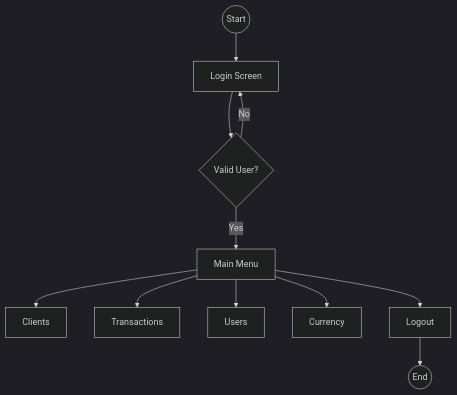
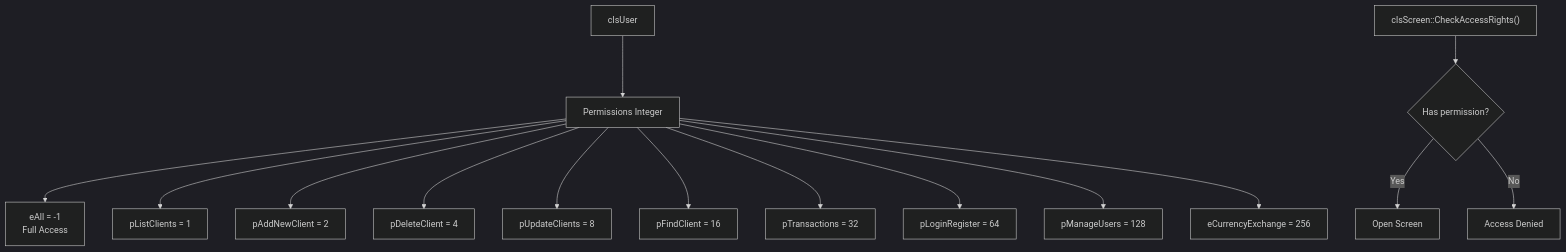
The sixth of 8 diagrams in README.md (youness-chregui-amin/E-BankSim-v2.0), drawn with Mermaid (dark theme) before and after one commit. The commit also changed other lines of this file, not shown here.

````diff
--- a/README.md
+++ b/README.md
@@ -402,19 +710,19 @@
 ```mermaid
 flowchart TD
+    User["clsUser"] --> Permissions["Permissions Integer"]
 
-    Start((Start))
-    Start --> Login["Login Screen"]
+    Permissions --> All["eAll = -1<br/>Full Access"]
+    Permissions --> List["pListClients = 1"]
+    Permissions --> Add["pAddNewClient = 2"]
+    Permissions --> Delete["pDeleteClient = 4"]
+    Permissions --> Update["pUpdateClients = 8"]
+    Permissions --> Find["pFindClient = 16"]
+    Permissions --> Transactions["pTransactions = 32"]
+    Permissions --> LoginRegister["pLoginRegister = 64"]
+    Permissions --> ManageUsers["pManageUsers = 128"]
+    Permissions --> Currency["eCurrencyExchange = 256"]
 
-    Login --> Check{"Valid User?"}
-
-    Check -- No --> Login
-    Check -- Yes --> MainMenu["Main Menu"]
-
-    MainMenu --> Clients
-    MainMenu --> Transactions
-    MainMenu --> Users
-    MainMenu --> Currency
-    MainMenu --> Logout
-
-    Logout --> End((End))
+    Screen["clsScreen::CheckAccessRights()"] --> Check{"Has permission?"}
+    Check -- "Yes" --> Open["Open Screen"]
+    Check -- "No" --> Denied["Access Denied"]
 ```
````
